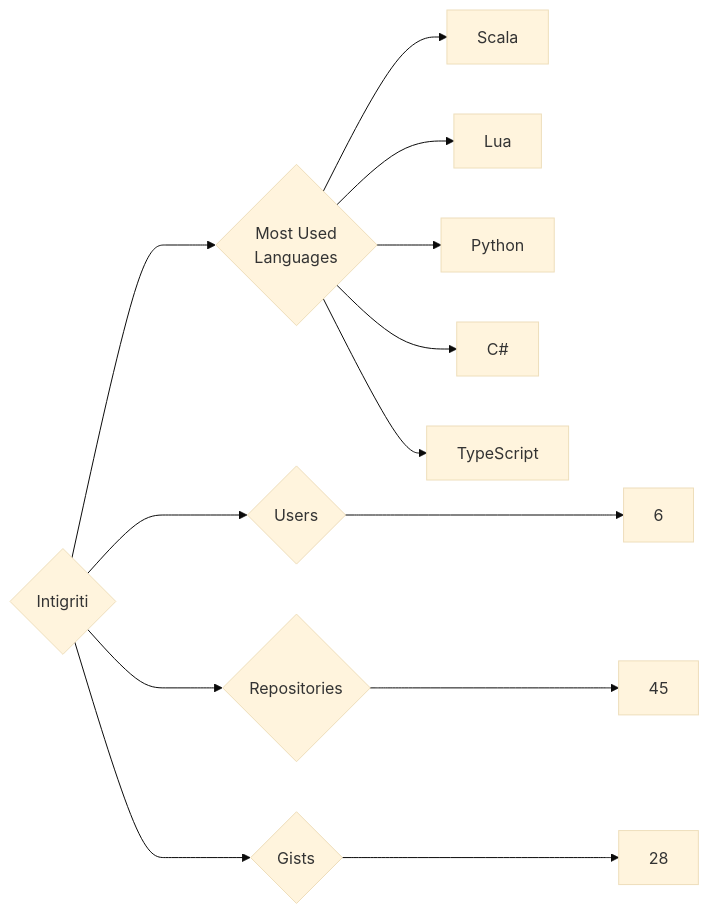
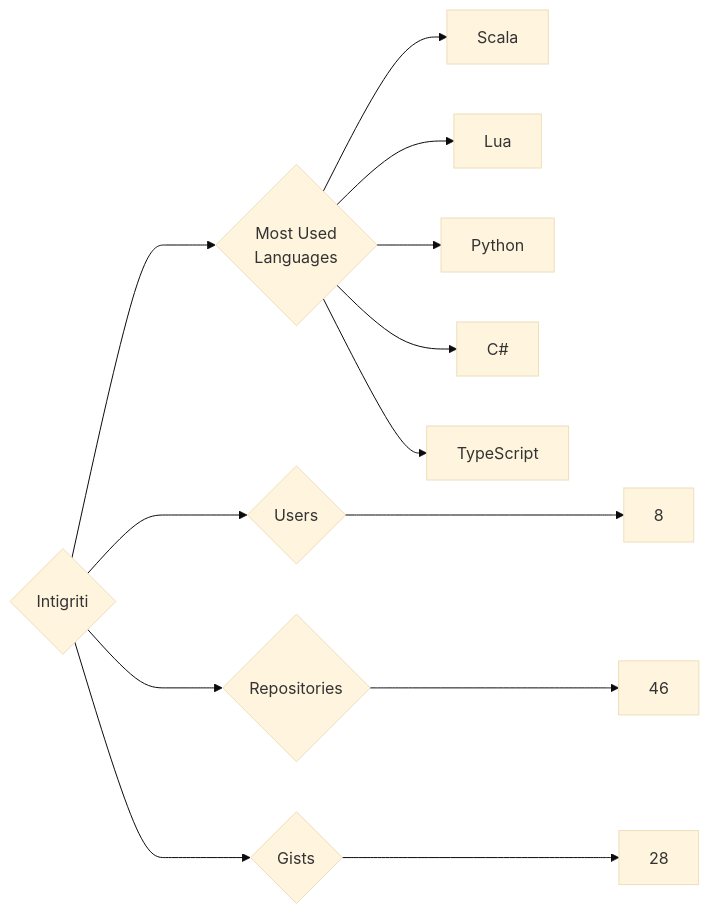
One commit to trickest/insiders changed the diagram in targets/Intigriti/README.md. Above: the diagram before and after it, drawn with Mermaid (base theme). The commit also changed 1123 other files, not shown here.

````diff
--- a/targets/Intigriti/README.md
+++ b/targets/Intigriti/README.md
@@ -3,13 +3,13 @@
 ```mermaid
 graph LR
 COMPANY_NAME{Intigriti}
-COMPANY_NAME ---> U{Users} ---> UN[6]
-COMPANY_NAME ---> R{Repositories} ---> RN[45]
+COMPANY_NAME ---> U{Users} ---> UN[8]
+COMPANY_NAME ---> R{Repositories} ---> RN[46]
 COMPANY_NAME ---> G{Gists} ---> GN[28]
 COMPANY_NAME ---> ML{Most Used<br>Languages}
 ML --> Scala[Scala]
 ML --> Lua[Lua]
 ML --> Python[Python]
 ML --> C#[C#]
 ML --> TypeScript[TypeScript]
 ```
````
